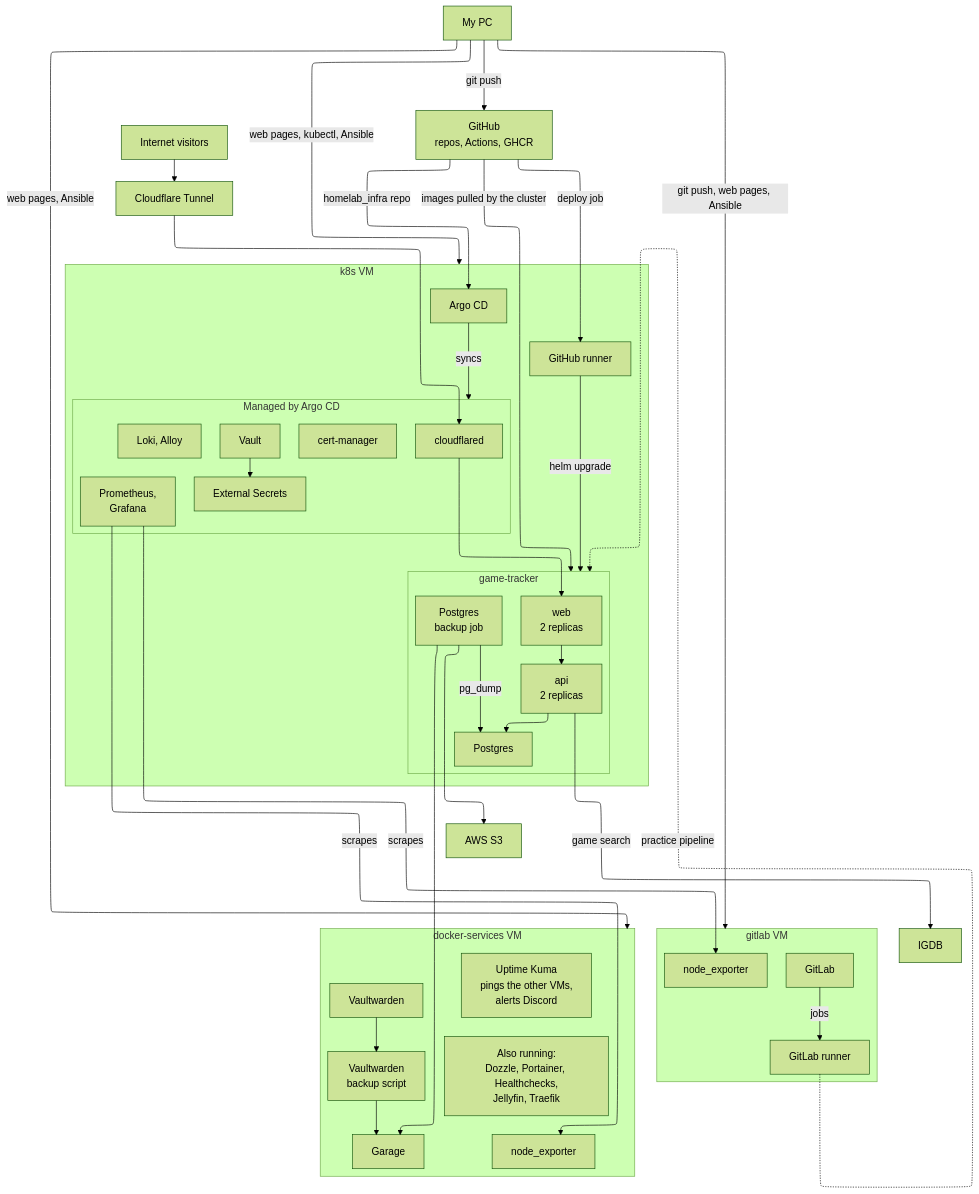
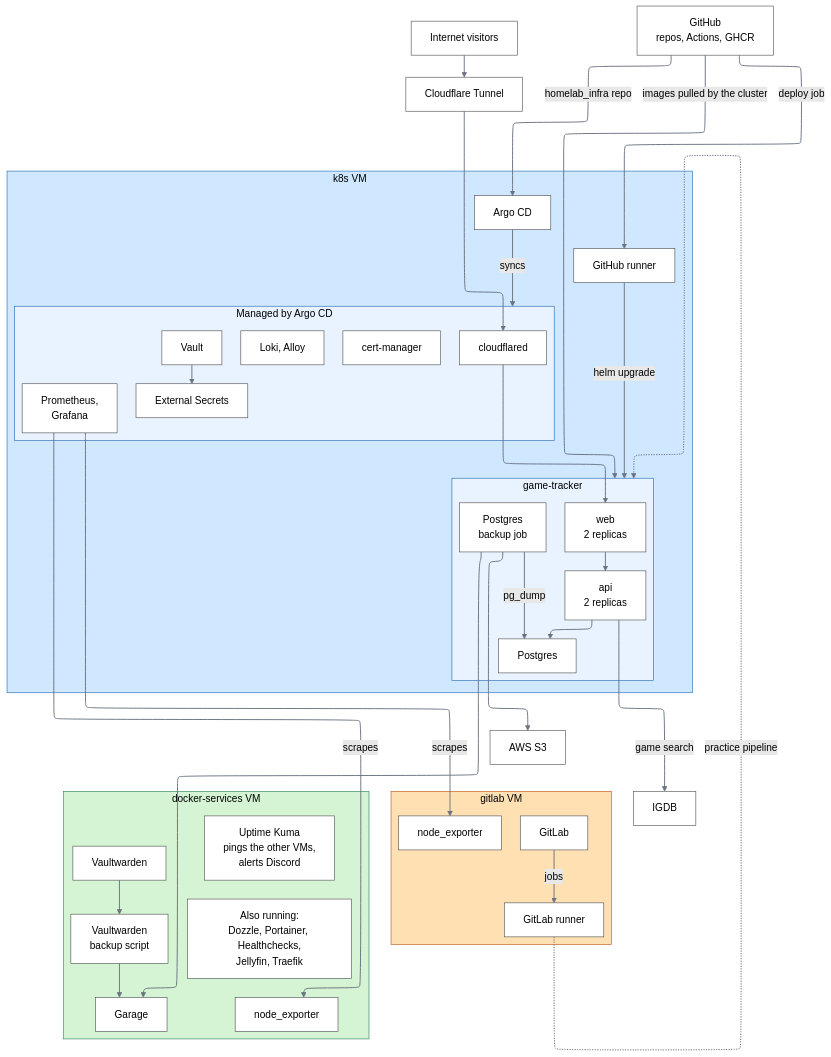
One commit to cel6586/homelab_infra changed the second of 2 diagrams in README.md. Above: the diagram before and after it, drawn with Mermaid (forest theme). The commit also changed other lines of this file, not shown here.

Commit message:
graph update

````diff
--- a/README.md
+++ b/README.md
@@ -34,70 +34,75 @@
 ```mermaid
 ---
 config:
   layout: elk
 ---
 flowchart TB
   visitors["Internet visitors"]
   cf["Cloudflare Tunnel"]
-  pc["My PC"]
   github["GitHub<br/>repos, Actions, GHCR"]
   s3["AWS S3"]
   igdb["IGDB"]
 
   subgraph k8s["k8s VM"]
     runner["GitHub runner"]
     argo["Argo CD"]
     subgraph managed["Managed by Argo CD"]
       cloudflared["cloudflared"]
       certm["cert-manager"]
       eso["External Secrets"]
       vault["Vault"]
       prom["Prometheus,<br/>Grafana"]
       loki["Loki, Alloy"]
     end
     subgraph gt["game-tracker"]
       web["web<br/>2 replicas"]
       api["api<br/>2 replicas"]
       db["Postgres"]
       backupjob["Postgres<br/>backup job"]
     end
   end
 
   subgraph gl["gitlab VM"]
     gitlab["GitLab"]
     glrunner["GitLab runner"]
     glnode["node_exporter"]
   end
 
   subgraph ds["docker-services VM"]
     garage["Garage"]
     vw["Vaultwarden"]
     vwb["Vaultwarden<br/>backup script"]
     dsnode["node_exporter"]
     kuma["Uptime Kuma<br/>pings the other VMs,<br/>alerts Discord"]
     other["Also running:<br/>Dozzle, Portainer, Healthchecks,<br/>Jellyfin, Traefik"]
   end
 
   visitors --> cf --> cloudflared --> web --> api --> db
   api -->|"game search"| igdb
-  pc -->|"git push"| github
-  pc -->|"web pages, kubectl, Ansible"| k8s
-  pc -->|"git push, web pages, Ansible"| gl
-  pc -->|"web pages, Ansible"| ds
   github -->|"homelab_infra repo"| argo
   argo -->|"syncs"| managed
   github -->|"deploy job"| runner
   runner -->|"helm upgrade"| gt
   github -->|"images pulled by the cluster"| gt
   vault --> eso
   backupjob -->|"pg_dump"| db
   backupjob --> s3
   backupjob --> garage
   vw --> vwb --> garage
   kuma ~~~ other
   other ~~~ dsnode
   prom -->|"scrapes"| glnode
   prom -->|"scrapes"| dsnode
   gitlab -->|"jobs"| glrunner
   glrunner -.->|"practice pipeline"| gt
+
+  linkStyle default stroke:#6b7280,stroke-width:1.5px
+  linkStyle 17,18 stroke:none
+  classDef n fill:#ffffff,stroke:#555555,color:#000000
+  class visitors,cf,github,s3,igdb,runner,argo,cloudflared,certm,eso,vault,prom,loki,web,api,db,backupjob,gitlab,glrunner,glnode,garage,vw,vwb,dsnode,kuma,other n
+  style k8s fill:#cfe8ff,stroke:#2b6cb0,color:#000000
+  style managed fill:#e8f3ff,stroke:#2b6cb0,color:#000000
+  style gt fill:#e8f3ff,stroke:#2b6cb0,color:#000000
+  style gl fill:#ffe0b3,stroke:#c05621,color:#000000
+  style ds fill:#d4f4d4,stroke:#2f855a,color:#000000
 ```
````
